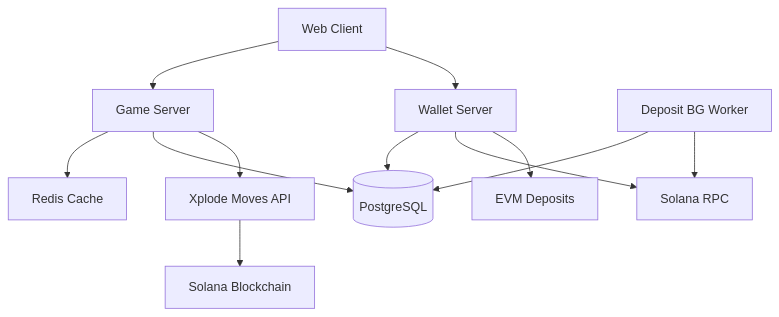
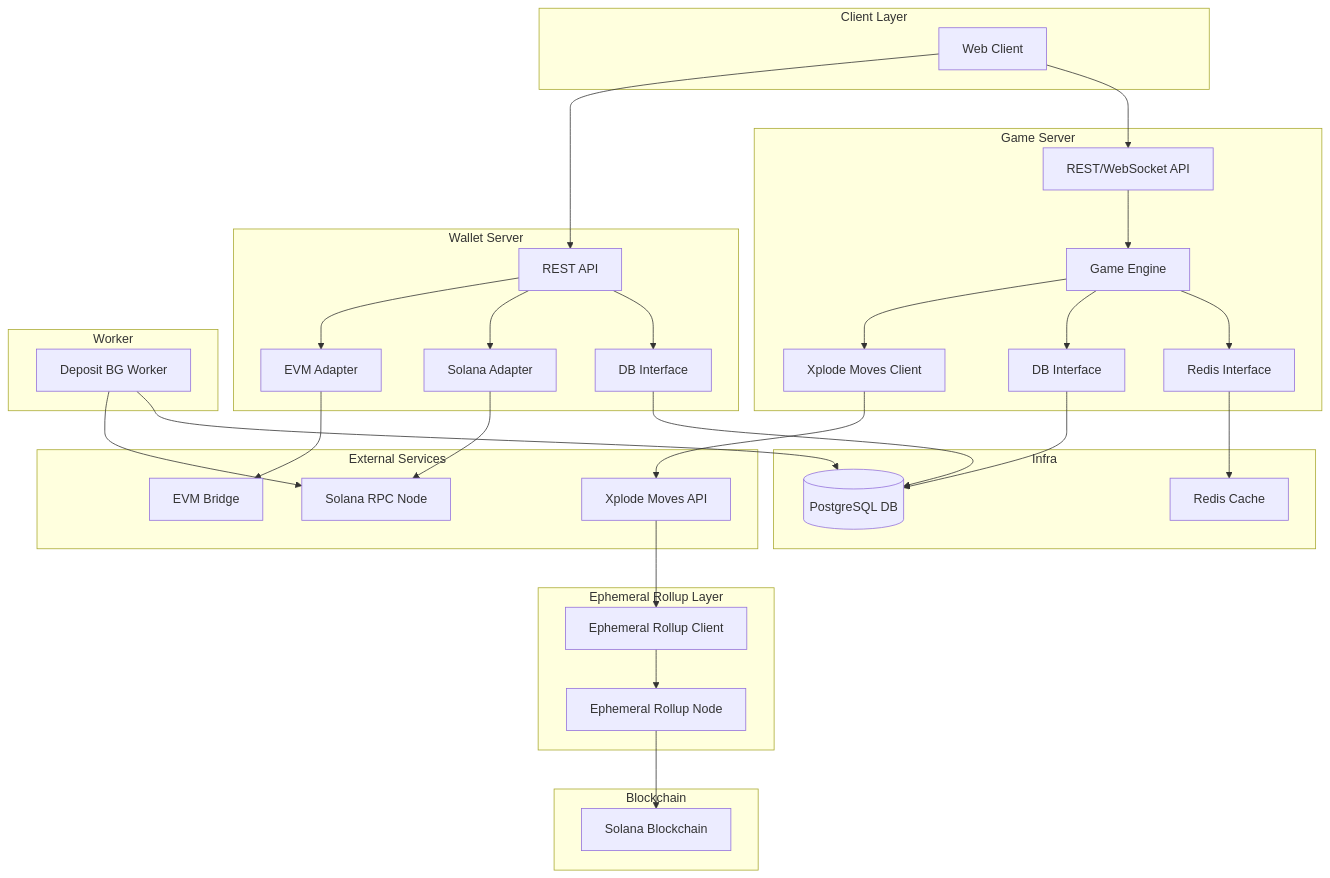
The diagram in README.md (xplodegame/xplode-engine), drawn with Mermaid before and after one commit.

````diff
--- a/README.md
+++ b/README.md
@@ -60,18 +60,83 @@
 ```mermaid
-graph TB
-    Client[Web Client] --> GameServer[Game Server]
-    Client --> WalletServer[Wallet Server]
-    
-    GameServer --> Redis[Redis Cache]
-    GameServer --> DB[(PostgreSQL)]
-    GameServer --> XplodeMoves[Xplode Moves API]
-    
-    WalletServer --> DB
-    WalletServer --> SolanaRPC[Solana RPC]
-    WalletServer --> EVMDeposits[EVM Deposits]
-    
-    DepositWorker[Deposit BG Worker] --> DB
-    DepositWorker --> SolanaRPC
-    
-    XplodeMoves --> Solana[Solana Blockchain]
+graph TD
+
+%% Client Layer
+subgraph Client Layer
+    Client[Web Client]
+end
+
+%% Game Server
+subgraph Game Server
+    GS_API[REST/WebSocket API]
+    GS_Engine[Game Engine]
+    GS_Cache[Redis Interface]
+    GS_DB[DB Interface]
+    GS_Xplode[Xplode Moves Client]
+end
+
+%% Wallet Server
+subgraph Wallet Server
+    WS_API[REST API]
+    WS_DB[DB Interface]
+    WS_Solana[Solana Adapter]
+    WS_EVM[EVM Adapter]
+end
+
+%% Worker
+subgraph Worker
+    DepositWorker[Deposit BG Worker]
+end
+
+%% Infra Layer
+subgraph Infra
+    Redis[Redis Cache]
+    DB[(PostgreSQL DB)]
+end
+
+%% External Services
+subgraph External Services
+    XplodeMoves[Xplode Moves API]
+    SolanaRPC[Solana RPC Node]
+    EVMDeposits[EVM Bridge]
+end
+
+%% Ephemeral Rollup Layer
+subgraph Ephemeral Rollup Layer
+    RollupClient[Ephemeral Rollup Client]
+    EphemeralRollup[Ephemeral Rollup Node]
+end
+
+%% Blockchain
+subgraph Blockchain
+    Solana[Solana Blockchain]
+end
+
+%% Client Connections
+Client --> GS_API
+Client --> WS_API
+
+%% Game Server Flow
+GS_API --> GS_Engine
+GS_Engine --> GS_Cache
+GS_Engine --> GS_DB
+GS_Engine --> GS_Xplode
+GS_Cache --> Redis
+GS_DB --> DB
+GS_Xplode --> XplodeMoves
+XplodeMoves --> RollupClient
+RollupClient --> EphemeralRollup
+EphemeralRollup --> Solana
+
+%% Wallet Server Flow
+WS_API --> WS_DB
+WS_API --> WS_Solana
+WS_API --> WS_EVM
+WS_DB --> DB
+WS_Solana --> SolanaRPC
+WS_EVM --> EVMDeposits
+
+%% Worker Flow
+DepositWorker --> DB
+DepositWorker --> SolanaRPC
+
 ```
````
